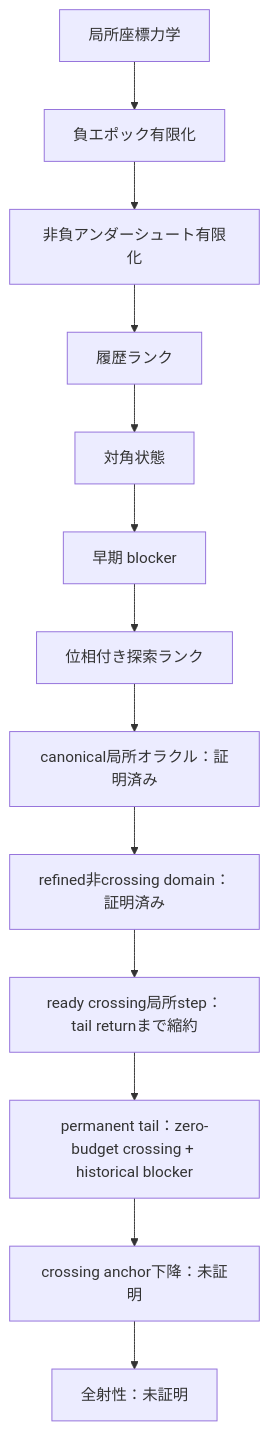
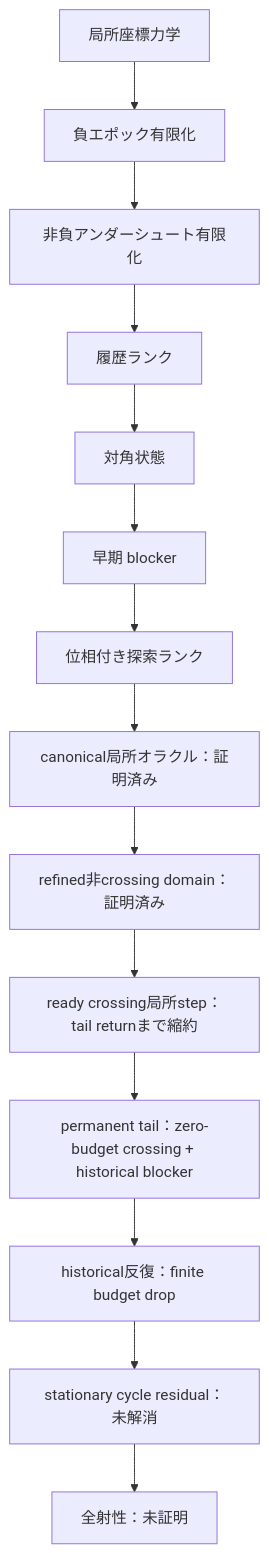
One commit to hirokidaichi/recaman-lean-research changed the diagram in README.md. Above: the diagram before and after it, drawn with Mermaid. The commit also changed other lines of this file and 10 other files, not shown here.

````diff
--- a/README.md
+++ b/README.md
@@ -75,15 +81,16 @@
 ```mermaid
 flowchart TD
     A["局所座標力学"] --> B["負エポック有限化"]
     B --> C["非負アンダーシュート有限化"]
     C --> D["履歴ランク"]
     D --> E["対角状態"]
     E --> F["早期 blocker"]
     F --> G["位相付き探索ランク"]
     G --> H["canonical局所オラクル：証明済み"]
     H --> I["refined非crossing domain：証明済み"]
     I --> J["ready crossing局所step：tail returnまで縮約"]
     J --> K["permanent tail：zero-budget crossing + historical blocker"]
-    K --> L["crossing anchor下降：未証明"]
-    L --> M["全射性：未証明"]
+    K --> L["historical反復：finite budget drop"]
+    L --> M["stationary cycle residual：未解消"]
+    M --> N["全射性：未証明"]
 ```
````
